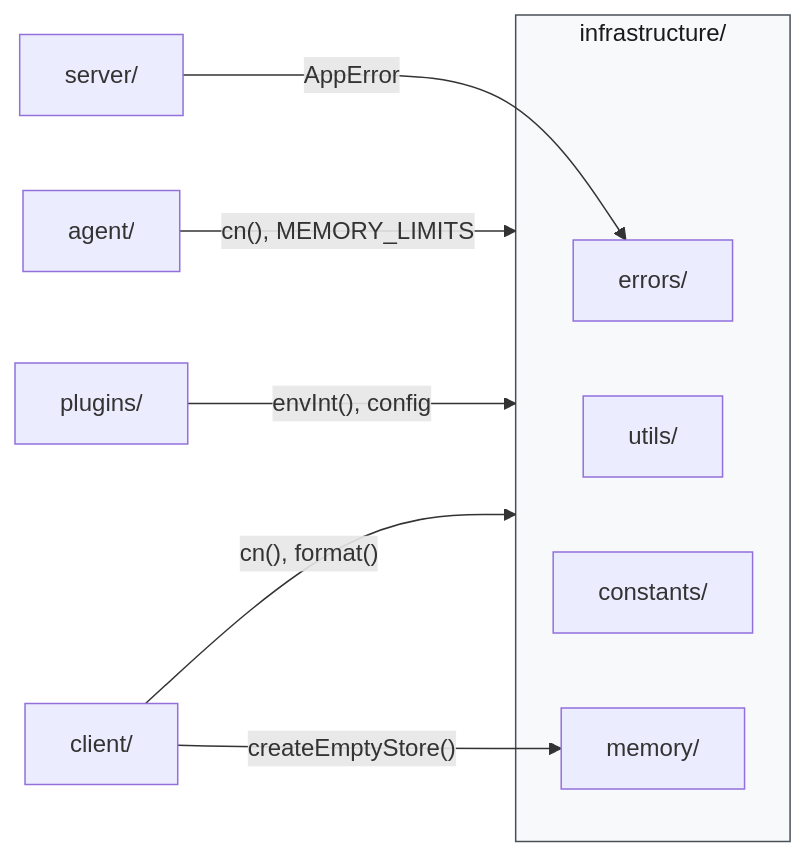
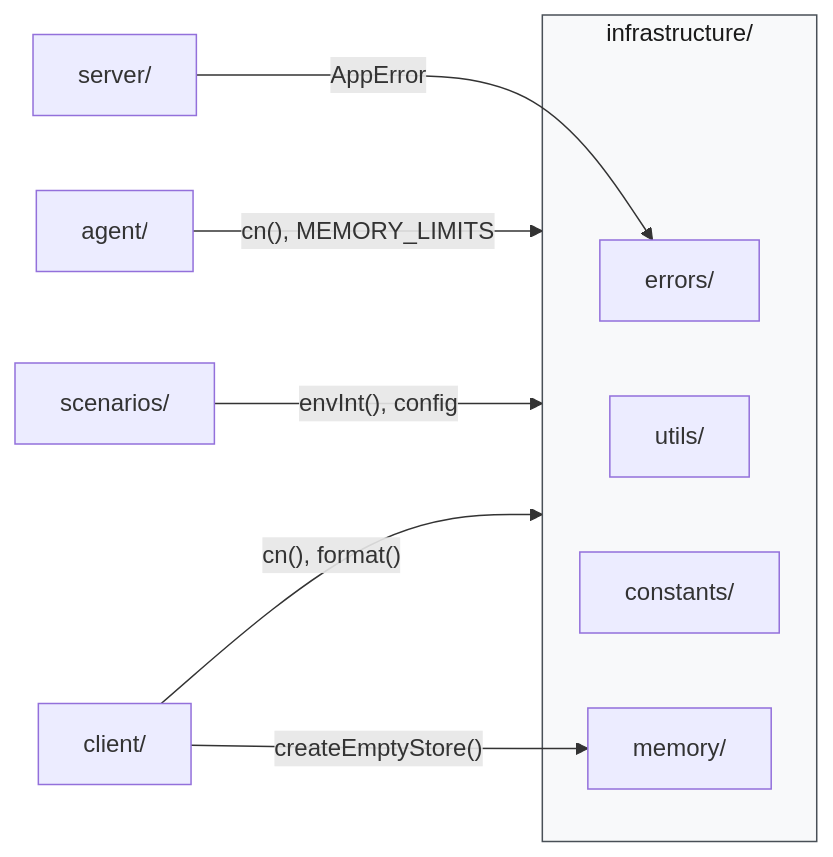
The second of 3 diagrams in src/infrastructure/CLAUDE.md (yjzaaa/leave-approval-agent), drawn with Mermaid before and after one commit. The commit also changed other lines of this file and 80 other files, not shown here.

````diff
--- a/src/infrastructure/CLAUDE.md
+++ b/src/infrastructure/CLAUDE.md
@@ -62,22 +62,22 @@
 ```mermaid
 graph LR
     subgraph Infra["infrastructure/"]
         Errors["errors/"]
         Utils["utils/"]
         Constants["constants/"]
         MemRT["memory/"]
     end
 
     Agent["agent/"]
-    Plugins["plugins/"]
+    Plugins["scenarios/"]
     Client["client/"]
     Server["server/"]
 
     Agent -->|"cn(), MEMORY_LIMITS"| Infra
     Plugins -->|"envInt(), config"| Infra
     Client -->|"cn(), format()"| Infra
     Client -->|"createEmptyStore()"| MemRT
     Server -->|"AppError"| Errors
 
     style Infra fill:#f8f9fa,stroke:#495057,color:#1a1a1a
 ```
````
